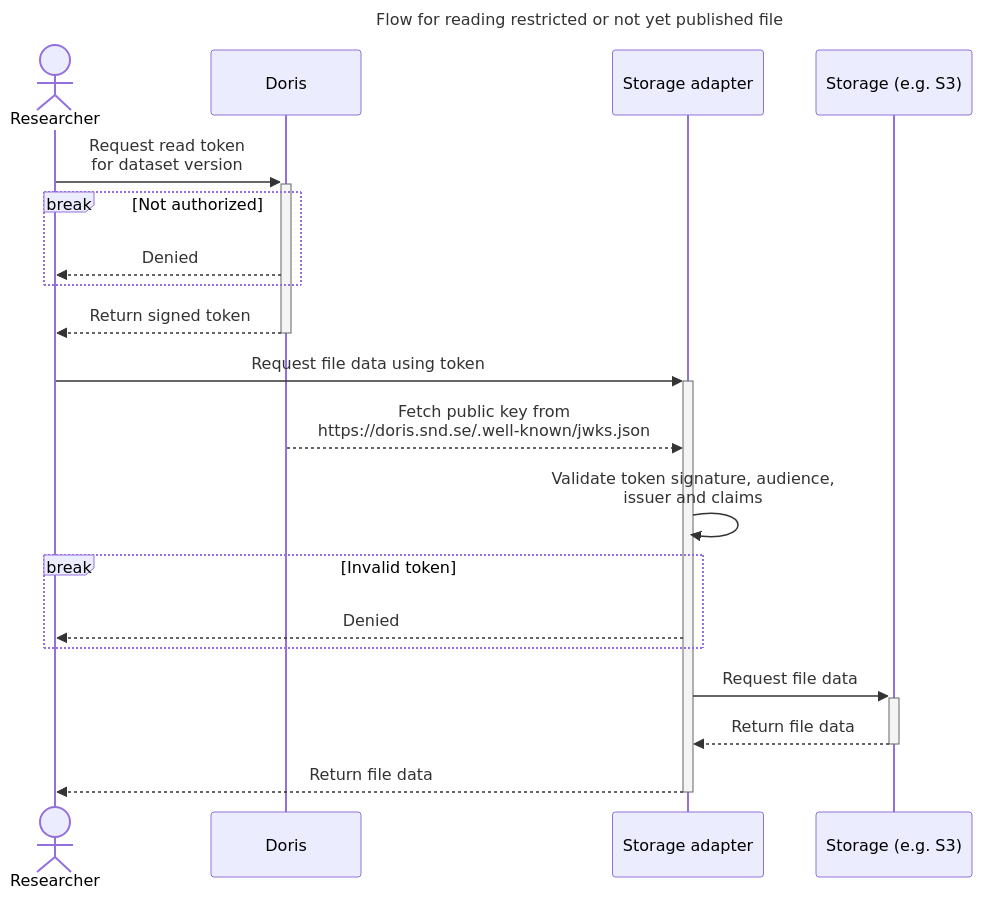
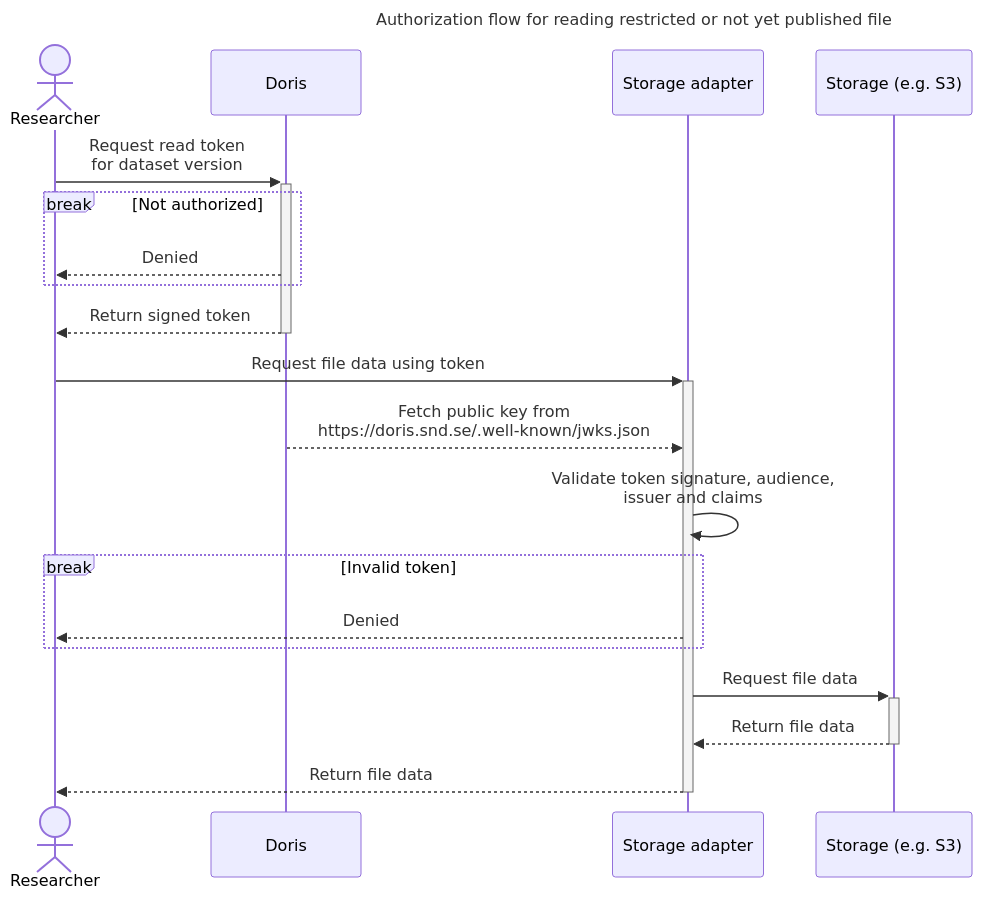
The fifth of 5 diagrams in README.md (stefanjakobsson/doris-storage-adapter-test), drawn with Mermaid before and after one commit. The commit also changed other lines of this file, not shown here.

Commit message:
Add high level diagrams to readme

````diff
--- a/README.md
+++ b/README.md
@@ -52,24 +90,24 @@
 ```mermaid
 ---
-title: Flow for reading restricted or not yet published file
+title: Authorization flow for reading restricted or not yet published file
 ---
 sequenceDiagram
     actor R as Researcher
     participant D as Doris
     participant SA as Storage adapter
     participant S as Storage (e.g. S3)
     R->>+D: Request read token<br/>for dataset version
     break Not authorized
         D-->>R: Denied
     end
     D-->>-R: Return signed token
     R->>+SA: Request file data using token
     D-->>SA: Fetch public key from<br/>https://doris.snd.se/.well-known/jwks.json
     SA->>SA: Validate token signature, audience,<br/>issuer and claims
     break Invalid token
         SA-->>R: Denied
     end
     SA->>+S: Request file data
     S-->>-SA: Return file data
     SA-->>-R: Return file data
 ```
````
